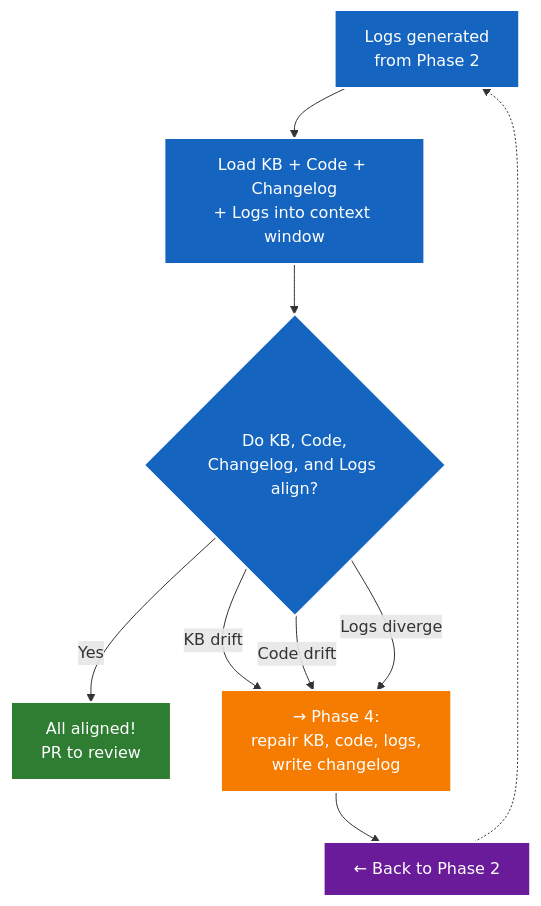
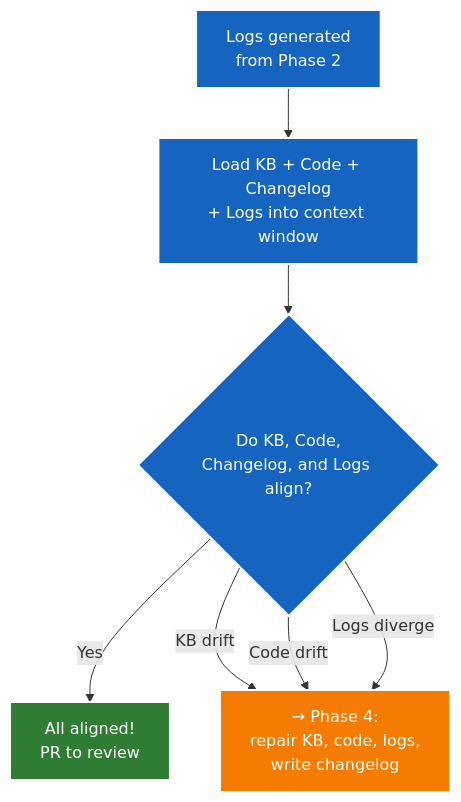
Before and after one commit to jacoby149/web10: the fourth of 5 diagrams in knowledge/knowledge-theories/ai-use-theory/ai-use-theory.md, drawn with Mermaid. The commit also changed other lines of this file, not shown here.

Commit message:
docs: Phase 3 only exits to PR or Phase 4, Phase 4 loops back to Phase 2

````diff
--- a/knowledge/knowledge-theories/ai-use-theory/ai-use-theory.md
+++ b/knowledge/knowledge-theories/ai-use-theory/ai-use-theory.md
@@ -137,26 +137,21 @@
 ```mermaid
 flowchart TD
     GEN_DONE["Logs generated\nfrom Phase 2"] --> LOAD["Load KB + Code + Changelog\n+ Logs into context window"]
     LOAD --> CHECK{"Do KB, Code,\nChangelog, and Logs align?"}
 
     CHECK -- Yes --> PR["All aligned!\nPR to review"]
 
     CHECK -- KB drift --> REPAIR["→ Phase 4:\nrepair KB, code, logs,\nwrite changelog"]
-    REPAIR --> LOOP["← Back to Phase 2"]
-    LOOP -.-> GEN_DONE
-
     CHECK -- Code drift --> REPAIR
     CHECK -- Logs diverge --> REPAIR
 
     classDef orient fill:#1565c0,color:#fff,stroke:#fff,stroke-width:2px
     classDef action fill:#f57c00,color:#fff,stroke:#fff,stroke-width:2px
     classDef ok fill:#2e7d32,color:#fff,stroke:#fff,stroke-width:2px
-    classDef loop fill:#6a1b9a,color:#fff,stroke:#fff,stroke-width:2px
 
     class GEN_DONE orient
     class LOAD orient
     class CHECK orient
     class REPAIR action
-    class LOOP loop
     class PR ok
 ```
````
